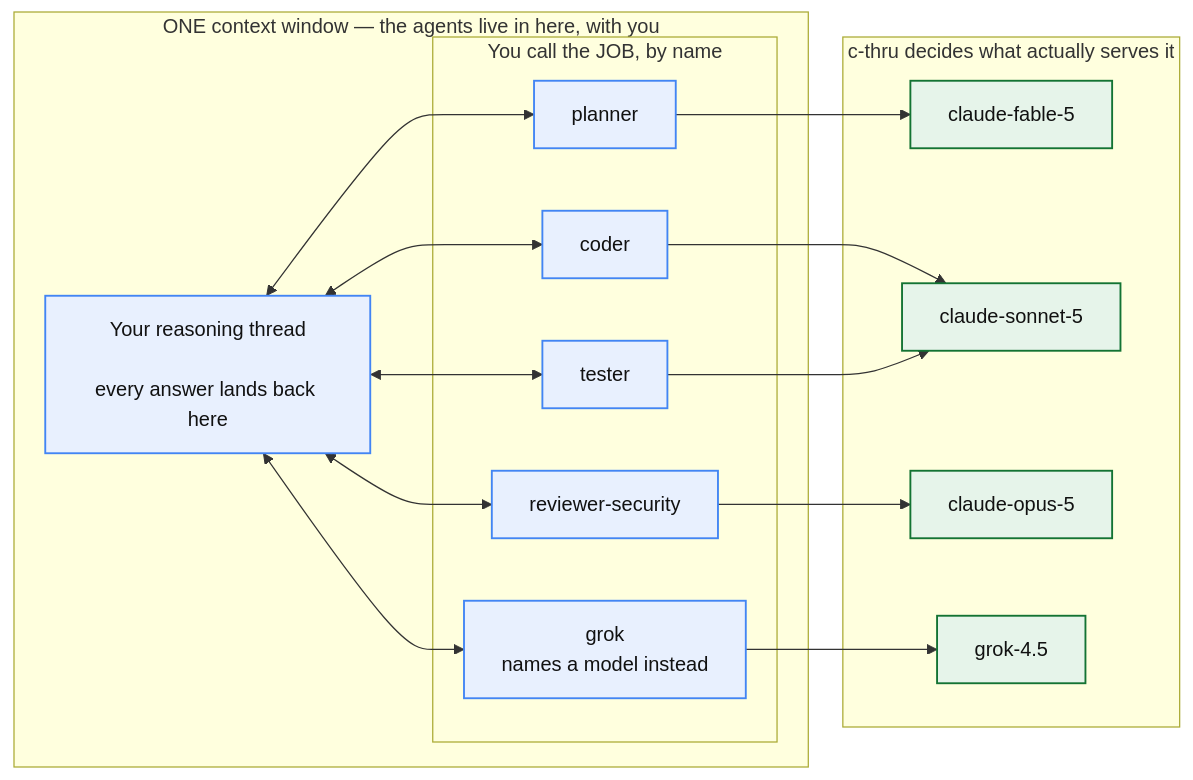
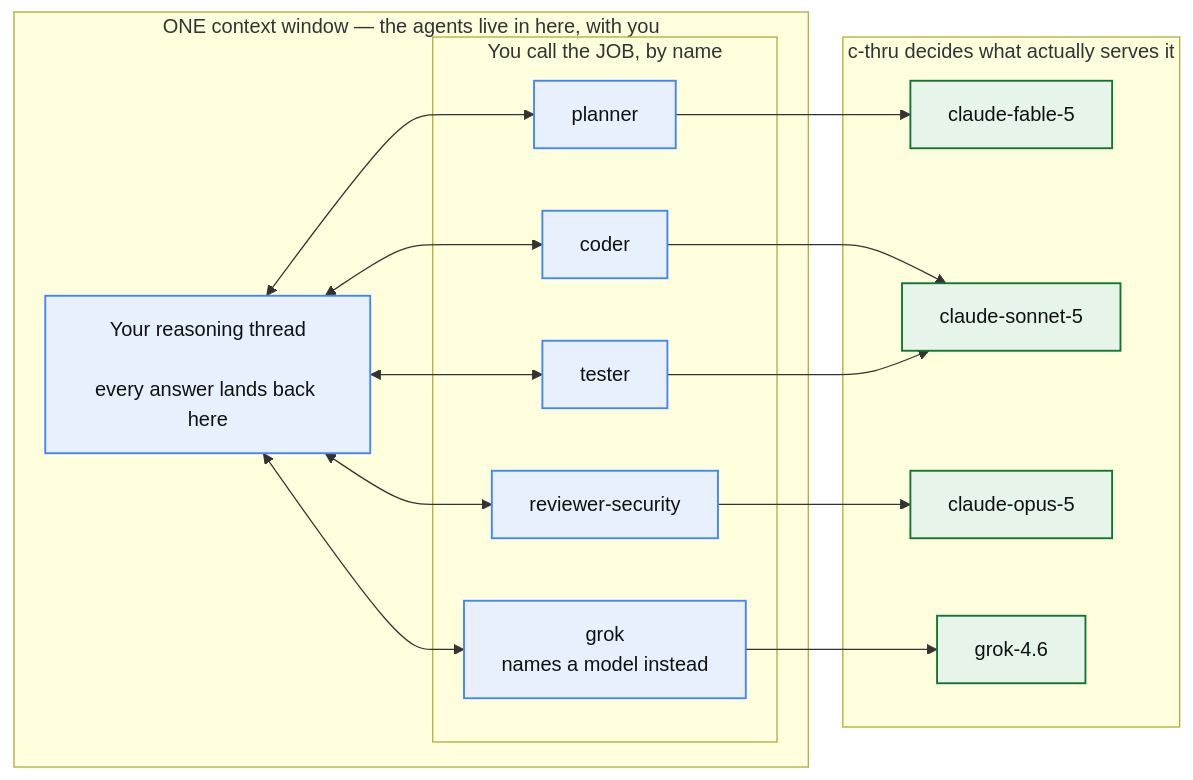
One commit to whichguy/c-thru changed the second of 7 diagrams in README.md. Above: the diagram before and after it, drawn with Mermaid. The commit also changed other lines of this file and 69 other files, not shown here.

````diff
--- a/README.md
+++ b/README.md
@@ -171,31 +171,31 @@
 ```mermaid
 flowchart LR
     subgraph ONE["ONE context window — the agents live in here, with you"]
         R["Your reasoning thread<br/><br/>every answer lands back here"]
         subgraph FLEET["You call the JOB, by name"]
             A1["planner"]
             A2["coder"]
             A3["tester"]
             A4["reviewer-security"]
             A5["grok<br/>names a model instead"]
         end
     end
 
     subgraph MODELS["c-thru decides what actually serves it"]
         M1["claude-fable-5"]
         M2["claude-sonnet-5"]
         M3["claude-opus-5"]
-        M4["grok-4.5"]
+        M4["grok-4.6"]
     end
 
     R <--> A1 --> M1
     R <--> A2 --> M2
     R <--> A3 --> M2
     R <--> A4 --> M3
     R <--> A5 --> M4
 
     classDef harness  fill:#E8F0FE,stroke:#4285F4,stroke-width:1.5px,color:#111
     classDef provider fill:#E6F4EA,stroke:#137333,stroke-width:1.5px,color:#111
     class R,A1,A2,A3,A4,A5 harness
     class M1,M2,M3,M4,M5 provider
 ```
````
